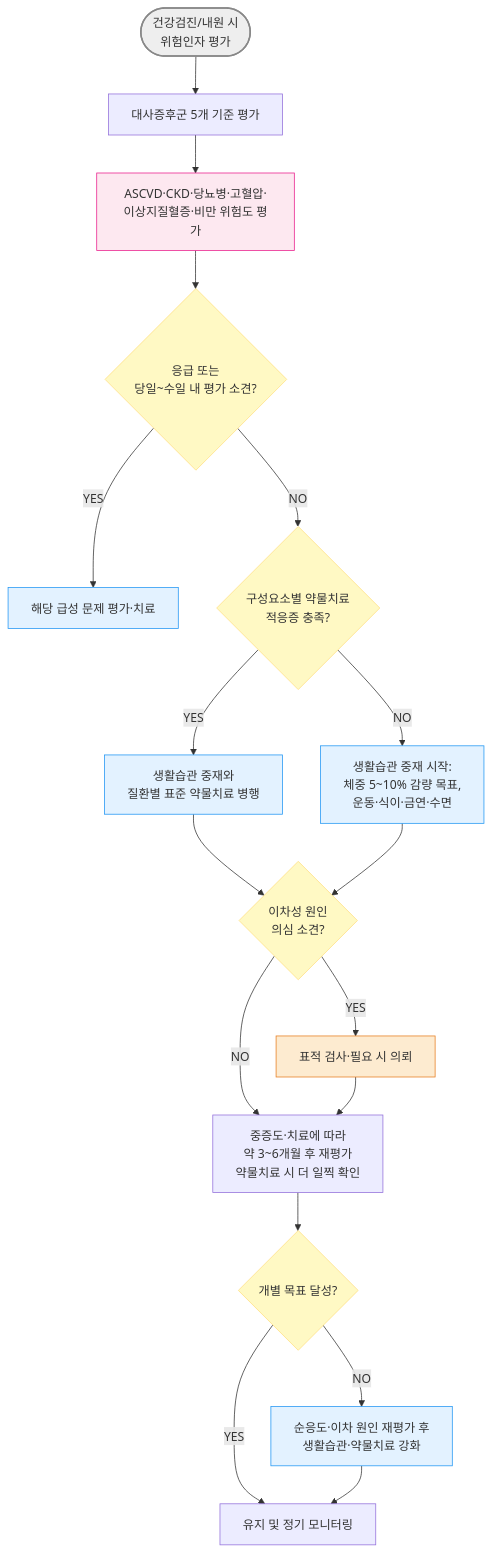
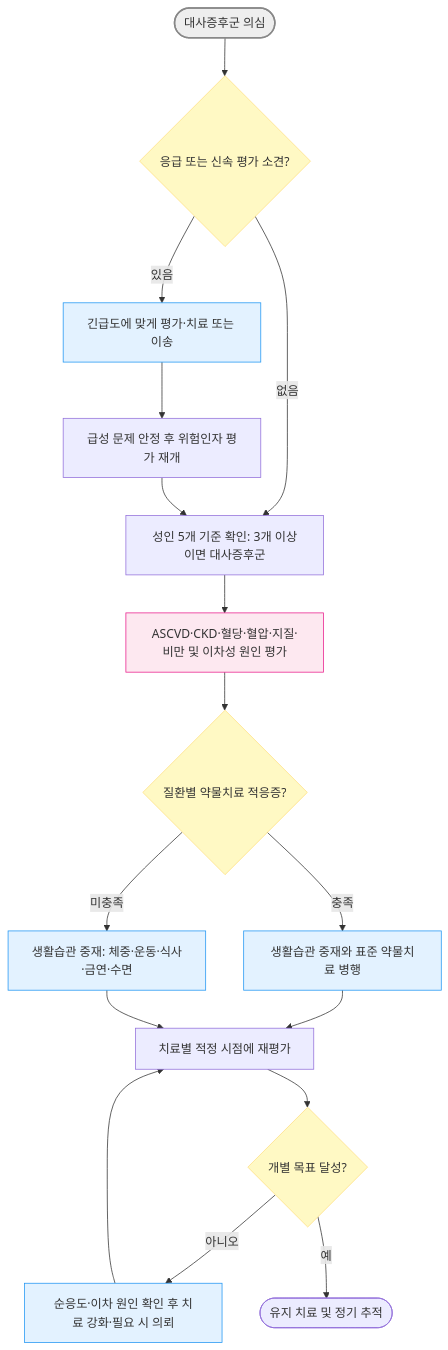
The diagram in 226_/104_-metabolic-syndrome.md (familyoh77/familyoh77), drawn with Mermaid before and after one commit. The commit also changed other lines of this file and 9 other files, not shown here.

````diff
--- a/226_/104_-metabolic-syndrome.md
+++ b/226_/104_-metabolic-syndrome.md
@@ -114,26 +127,24 @@
 ```mermaid
 graph TD
-    Start(["건강검진/내원 시 <br/>위험인자 평가"]) --> Criteria["대사증후군 5개 기준 평가"]
-    Criteria --> Risk["ASCVD·CKD·당뇨병·고혈압·<br/>이상지질혈증·비만 위험도 평가"]
-    Risk --> Severity{"응급 또는 <br/>당일~수일 내 평가 소견?"}
-    Severity -- "YES" --> Urgent["해당 급성 문제 평가·치료"]
-    Severity -- "NO" --> Indication{"구성요소별 약물치료 <br/>적응증 충족?"}
-    Indication -- "YES" --> Combined["생활습관 중재와 <br/>질환별 표준 약물치료 병행"]
-    Indication -- "NO" --> Lifestyle["생활습관 중재 시작:<br/>체중 5~10% 감량 목표,<br/>운동·식이·금연·수면"]
-    Combined --> Secondary{"이차성 원인 <br/>의심 소견?"}
-    Lifestyle --> Secondary
-    Secondary -- "YES" --> Workup["표적 검사·필요 시 의뢰"]
-    Secondary -- "NO" --> Reassess["중증도·치료에 따라 <br/>약 3~6개월 후 재평가<br/>약물치료 시 더 일찍 확인"]
-    Workup --> Reassess
+    Start(["대사증후군 의심"]) --> Urgency{"응급 또는 신속 평가 소견?"}
+    Urgency -- "있음" --> Urgent["긴급도에 맞게 평가·치료 또는 이송"]
+    Urgency -- "없음" --> Criteria["성인 5개 기준 확인: 3개 이상이면 대사증후군"]
+    Urgent --> Stabilize["급성 문제 안정 후 위험인자 평가 재개"]
+    Stabilize --> Criteria
+    Criteria --> Risk["ASCVD·CKD·혈당·혈압·지질·비만 및 이차성 원인 평가"]
+    Risk --> Indication{"질환별 약물치료 적응증?"}
+    Indication -- "충족" --> Combined["생활습관 중재와 표준 약물치료 병행"]
+    Indication -- "미충족" --> Lifestyle["생활습관 중재: 체중·운동·식사·금연·수면"]
+    Combined --> Reassess["치료별 적정 시점에 재평가"]
+    Lifestyle --> Reassess
     Reassess --> Goal{"개별 목표 달성?"}
-    Goal -- "YES" --> Maintain["유지 및 정기 모니터링"]
-    Goal -- "NO" --> Intensify["순응도·이차 원인 재평가 후 <br/>생활습관·약물치료 강화"]
-    Intensify --> Maintain
-style Start fill:#eeeeee,stroke:#888888,stroke-width:2px
-classDef yellow fill:#fff9c4,stroke:#ffe082
-class Severity,Indication,Secondary,Goal yellow
-classDef sky fill:#e3f2ff,stroke:#2196f3
-class Urgent,Combined,Lifestyle,Intensify sky
-style Risk fill:#fde8f0,stroke:#e91e8c
-style Workup fill:#fdebd0,stroke:#e67e22
+    Goal -- "아니오" --> Intensify["순응도·이차 원인 확인 후 치료 강화·필요 시 의뢰"]
+    Intensify --> Reassess
+    Goal -- "예" --> Maintain(["유지 치료 및 정기 추적"])
+    style Start fill:#eeeeee,stroke:#888888,stroke-width:2px
+    classDef yellow fill:#fff9c4,stroke:#ffe082
+    class Urgency,Indication,Goal yellow
+    classDef sky fill:#e3f2ff,stroke:#2196f3
+    class Urgent,Combined,Lifestyle,Intensify sky
+    style Risk fill:#fde8f0,stroke:#e91e8c
 ```
````
